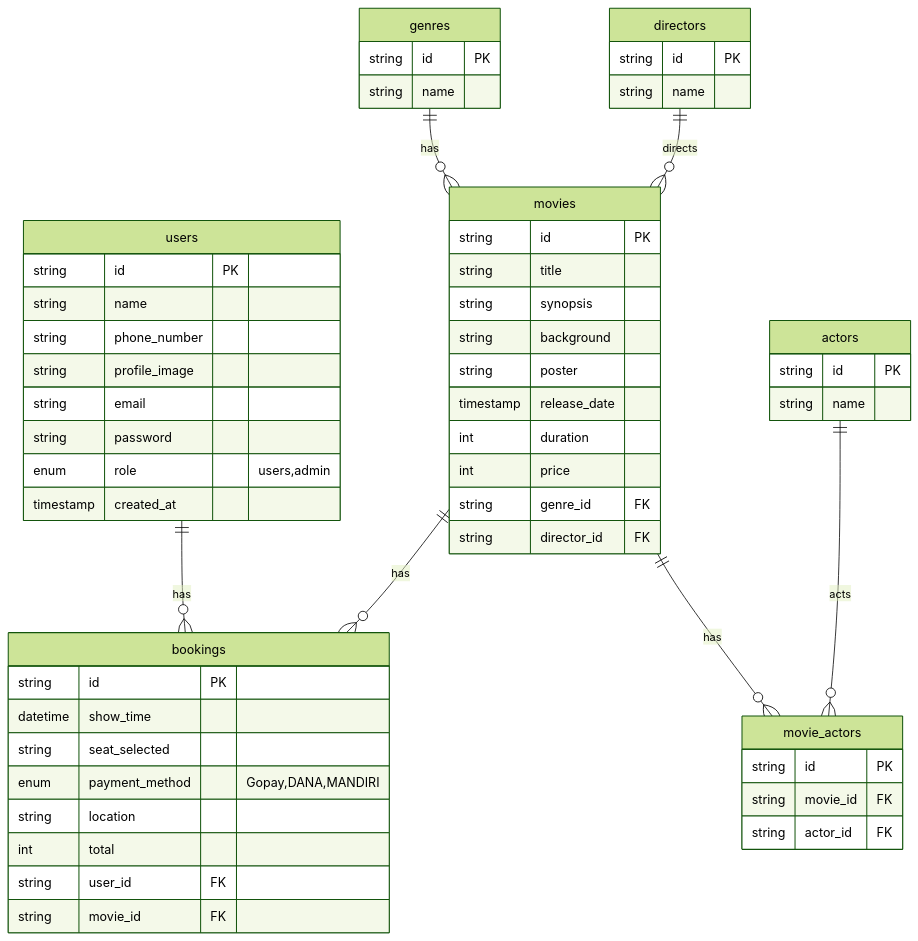
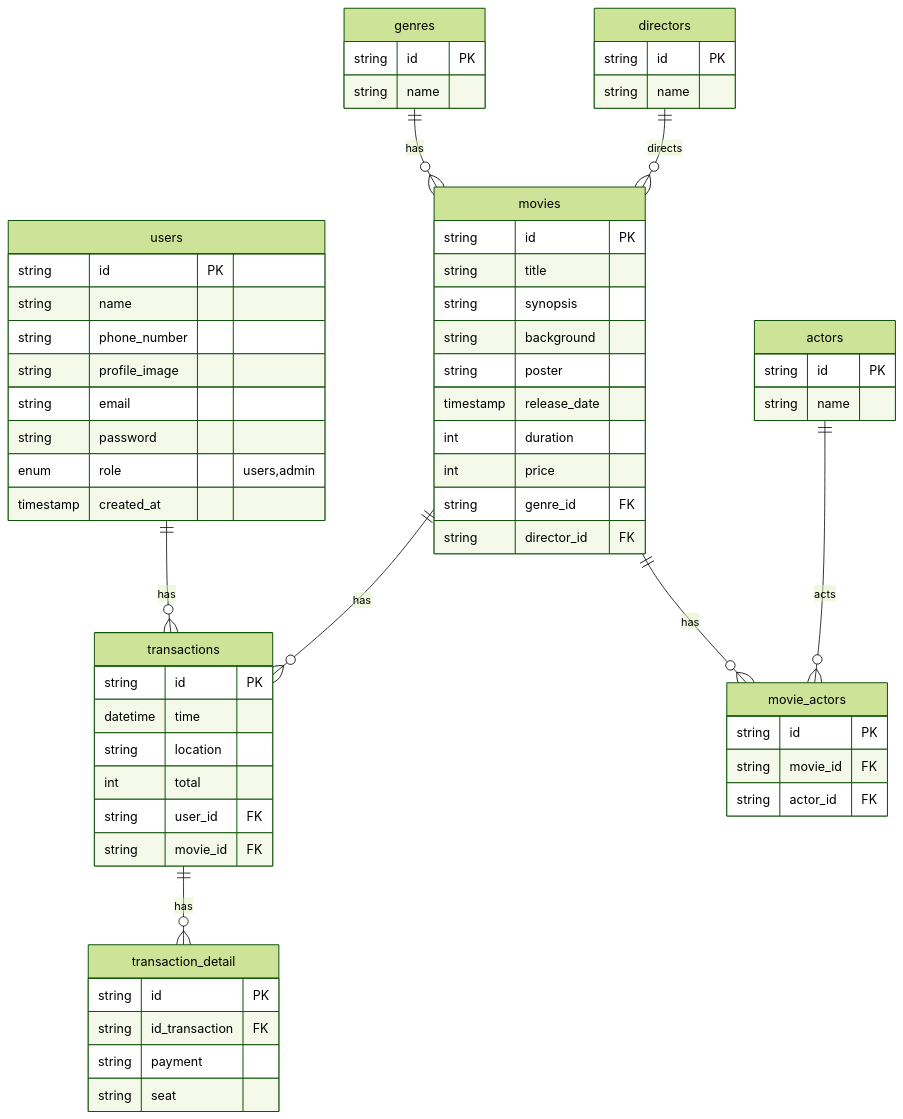
One commit to HN721/fgo24-db-weeklytask changed the diagram in readme.md. Above: the diagram before and after it, drawn with Mermaid (forest theme).

Commit message:
create:update table transaction detail

````diff
--- a/readme.md
+++ b/readme.md
@@ -3,67 +3,73 @@
 ```mermaid
 erDiagram
-    users ||--o{ bookings : has
-    movies ||--o{ bookings : has
+    users ||--o{ transactions : has
+    movies ||--o{ transactions : has
     genres ||--o{ movies : has
     directors ||--o{ movies : directs
     actors ||--o{ movie_actors : acts
     movies ||--o{ movie_actors : has
+    transactions || --o{ transaction_detail :has
 
     users {
         string id PK
         string name
         string phone_number
         string profile_image
         string email
         string password
         enum role "users,admin"
         timestamp created_at
     }
 
     movies {
         string id PK
         string title
         string synopsis
         string background
         string poster
         timestamp release_date
         int duration
         int price
         string genre_id FK
         string director_id FK
     }
 
-    bookings {
+    transactions {
         string id PK
-        datetime show_time
-        string seat_selected
-        enum payment_method "Gopay,DANA,MANDIRI"
+        datetime time
         string location
         int total
         string user_id FK
         string movie_id FK
+    }
+    transaction_detail{
+        string id PK
+        string id_transaction FK
+        string payment
+        string seat
+
     }
 
     directors {
         string id PK
         string name
     }
 
     genres {
         string id PK
         string name
     }
 
     actors {
         string id PK
         string name
     }
 
     movie_actors {
         string id PK
         string movie_id FK
         string actor_id FK
     }
 
 
 ```
````
